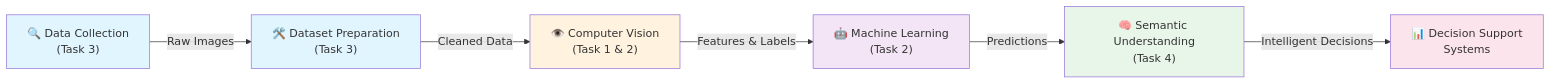
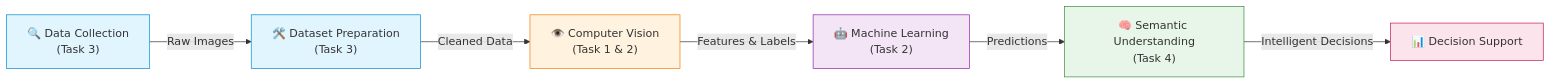
The first of 5 diagrams in README.md (Meetjo656/Silvertouch_Internship), drawn with Mermaid before and after one commit. The commit also changed other lines of this file and 1 other file, not shown here.

````diff
--- a/README.md
+++ b/README.md
@@ -476,15 +56,15 @@
 ```mermaid
 graph LR
     A["🔍 Data Collection<br/>(Task 3)"] -->|Raw Images| B["🛠️ Dataset Preparation<br/>(Task 3)"]
     B -->|Cleaned Data| C["👁️ Computer Vision<br/>(Task 1 & 2)"]
     C -->|Features & Labels| D["🤖 Machine Learning<br/>(Task 2)"]
     D -->|Predictions| E["🧠 Semantic Understanding<br/>(Task 4)"]
-    E -->|Intelligent Decisions| F["📊 Decision Support<br/>Systems"]
+    E -->|Intelligent Decisions| F["📊 Decision Support"]
     
-    style A fill:#e1f5ff
-    style B fill:#e1f5ff
-    style C fill:#fff3e0
-    style D fill:#f3e5f5
-    style E fill:#e8f5e9
-    style F fill:#fce4ec
+    style A fill:#e1f5ff,stroke:#0288d1
+    style B fill:#e1f5ff,stroke:#0288d1
+    style C fill:#fff3e0,stroke:#f57c00
+    style D fill:#f3e5f5,stroke:#8e24aa
+    style E fill:#e8f5e9,stroke:#388e3c
+    style F fill:#fce4ec,stroke:#c2185b
 ```
````
